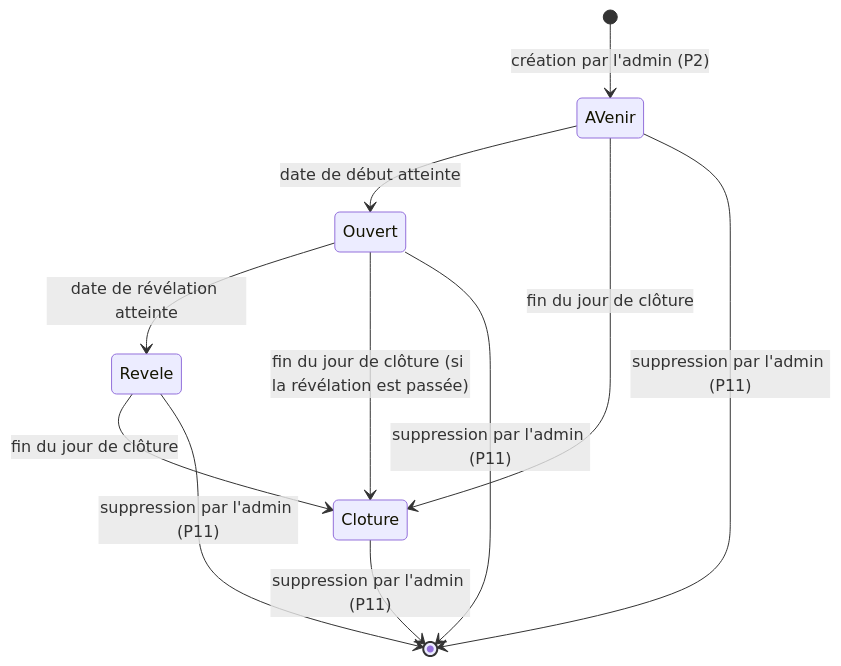
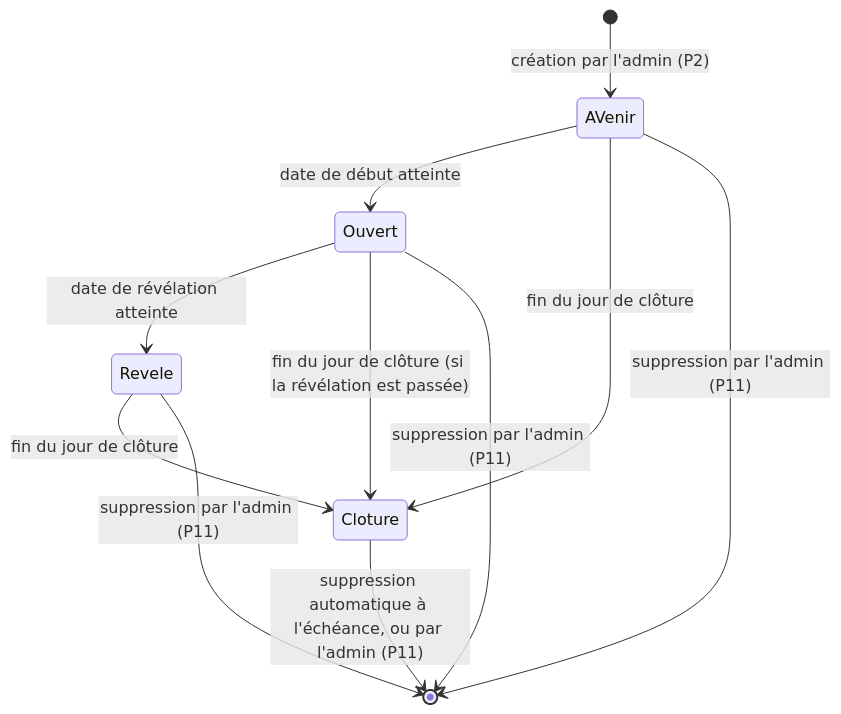
The diagram in docs/PDD.md (fsvoboda/OuiSnap), drawn with Mermaid before and after one commit. The commit also changed other lines of this file and 2 other files, not shown here.

Commit message:
Documente la suppression automatique des albums et des demandes

````diff
--- a/docs/PDD.md
+++ b/docs/PDD.md
@@ -76,13 +78,13 @@
 ```mermaid
 stateDiagram-v2
     [*] --> AVenir: création par l'admin (P2)
     AVenir --> Ouvert: date de début atteinte
     Ouvert --> Revele: date de révélation atteinte
     Revele --> Cloture: fin du jour de clôture
     Ouvert --> Cloture: fin du jour de clôture (si la révélation est passée)
     AVenir --> Cloture: fin du jour de clôture
-    Cloture --> [*]: suppression par l'admin (P11)
+    Cloture --> [*]: suppression automatique à l'échéance, ou par l'admin (P11)
     Revele --> [*]: suppression par l'admin (P11)
     Ouvert --> [*]: suppression par l'admin (P11)
     AVenir --> [*]: suppression par l'admin (P11)
 ```
````
